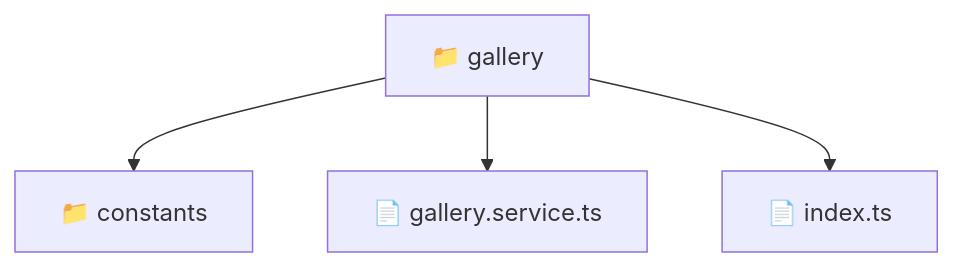
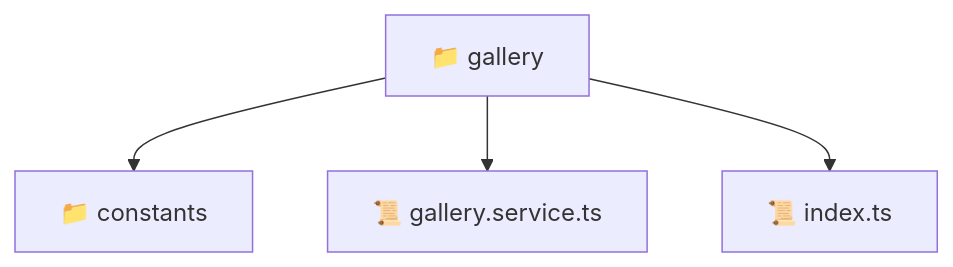
One commit to beginwebdev2002/fullstack-mavluda changed the diagram in frontend/src/entities/gallery/README.md. Above: the diagram before and after it, drawn with Mermaid. The commit also changed other lines of this file and 163 other files, not shown here.

````diff
--- a/frontend/src/entities/gallery/README.md
+++ b/frontend/src/entities/gallery/README.md
@@ -11,7 +11,7 @@
 ```mermaid
 graph TD
-  Root["📁 gallery"]
-  Root --> constants["📁 constants"]
-  Root --> gallery_service_ts["📄 gallery.service.ts"]
-  Root --> index_ts["📄 index.ts"]
+  gallery["📁 gallery"]
+  gallery --> constants["📁 constants"]
+  gallery --> gallery_service_ts["📜 gallery.service.ts"]
+  gallery --> index_ts["📜 index.ts"]
 ```
````
